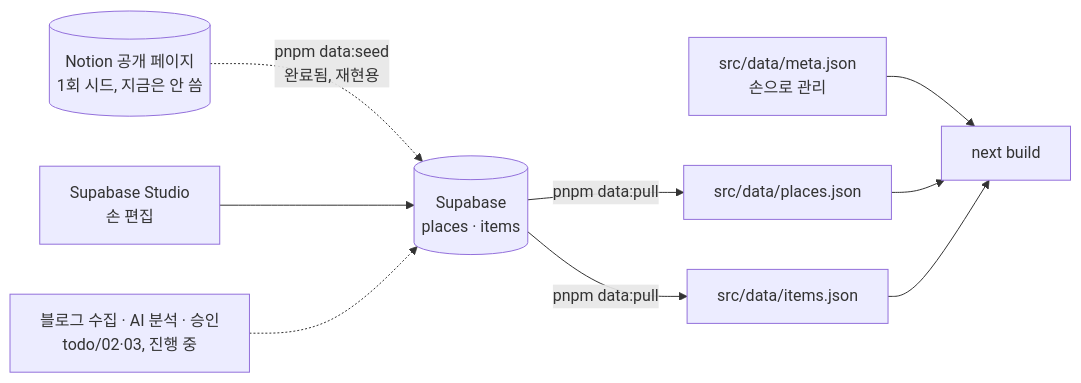
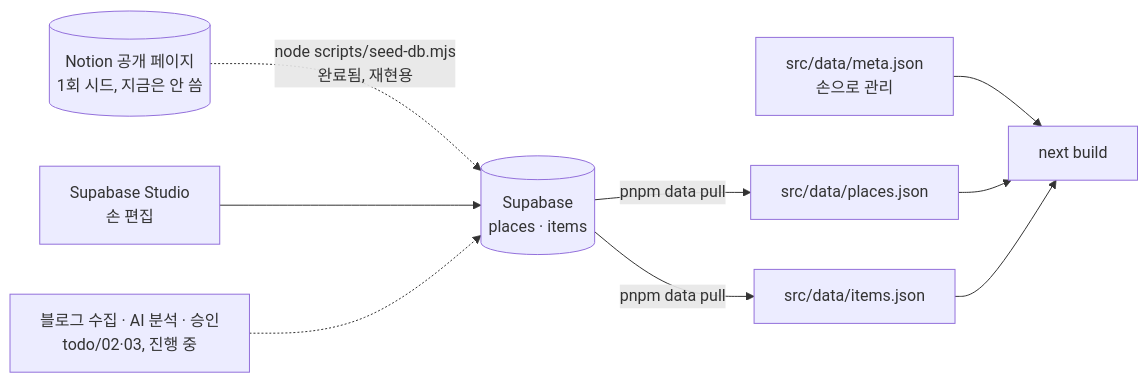
Before and after one commit to hoiya-woohyun/zgnn: the first of 2 diagrams in docs/architecture/data-pipeline.md, drawn with Mermaid. The commit also changed other lines of this file and 58 other files, not shown here.

First line of the commit message:
refactor(scripts) - 진입점 scripts/data.mjs 하나로 — pnpm data <sub>, package.json 13→1 (17 T1.2)

````diff
--- a/docs/architecture/data-pipeline.md
+++ b/docs/architecture/data-pipeline.md
@@ -90,11 +91,11 @@
 ```mermaid
 flowchart LR
-  N[(Notion 공개 페이지<br/>1회 시드, 지금은 안 씀)] -.->|pnpm data:seed<br/>완료됨, 재현용| SB[(Supabase<br/>places · items)]
+  N[(Notion 공개 페이지<br/>1회 시드, 지금은 안 씀)] -.->|node scripts/seed-db.mjs<br/>완료됨, 재현용| SB[(Supabase<br/>places · items)]
   Studio[Supabase Studio<br/>손 편집] --> SB
   Blog[블로그 수집 · AI 분석 · 승인<br/>todo/02·03, 진행 중] -.-> SB
-  SB -->|pnpm data:pull| P[src/data/places.json]
-  SB -->|pnpm data:pull| I[src/data/items.json]
+  SB -->|pnpm data pull| P[src/data/places.json]
+  SB -->|pnpm data pull| I[src/data/items.json]
   M[src/data/meta.json<br/>손으로 관리] --> B[next build]
   P --> B
   I --> B
 ```
````
